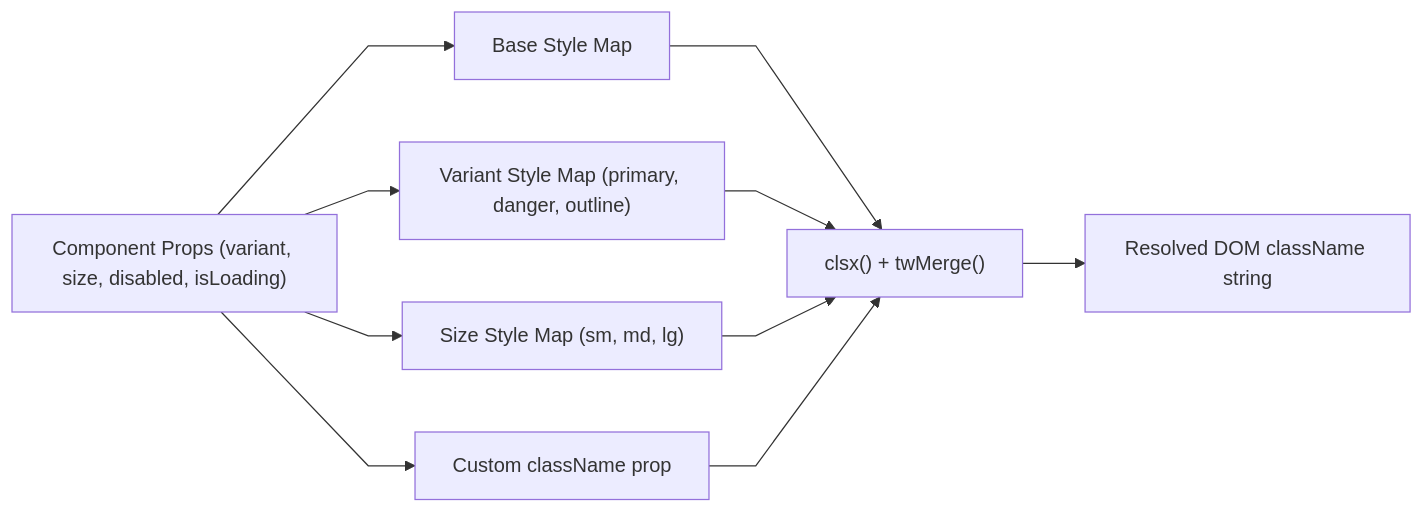
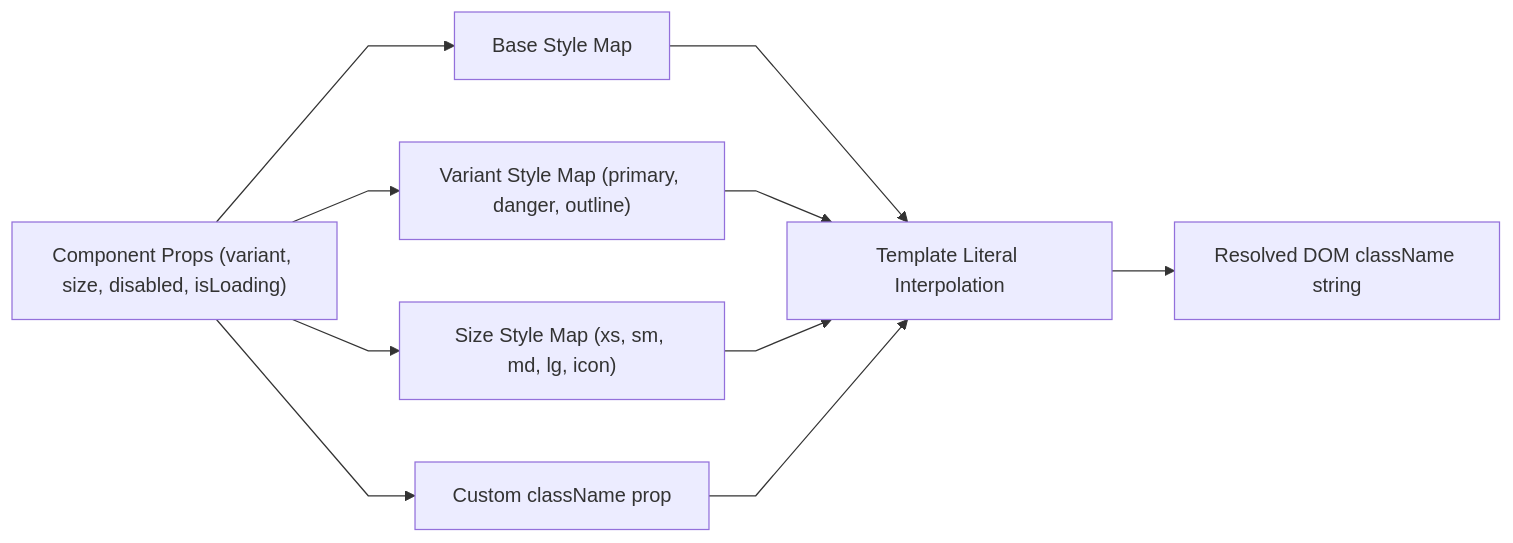
Before and after one commit to VictorBravo9er/Teacher-Assistant-Workspace: the diagram in frontend/src/components/ui/code.ARCH.md, drawn with Mermaid. The commit also changed other lines of this file and 21 other files, not shown here.

````diff
--- a/frontend/src/components/ui/code.ARCH.md
+++ b/frontend/src/components/ui/code.ARCH.md
@@ -11,11 +11,11 @@
 ```mermaid
 %%{init: {'flowchart': {'curve': 'linear'}}}%%
 flowchart LR
     Props["Component Props (variant, size, disabled, isLoading)"] --> BaseStyles["Base Style Map"]
     Props --> VariantStyles["Variant Style Map (primary, danger, outline)"]
-    Props --> SizeStyles["Size Style Map (sm, md, lg)"]
+    Props --> SizeStyles["Size Style Map (xs, sm, md, lg, icon)"]
     Props --> UserOverrides["Custom className prop"]
     
-    BaseStyles & VariantStyles & SizeStyles & UserOverrides --> ClassComposer["clsx() + twMerge()"]
+    BaseStyles & VariantStyles & SizeStyles & UserOverrides --> ClassComposer["Template Literal Interpolation"]
     ClassComposer --> FinalDOM["Resolved DOM className string"]
 ```
````
